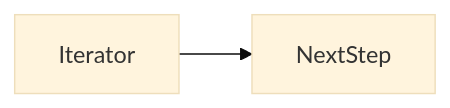
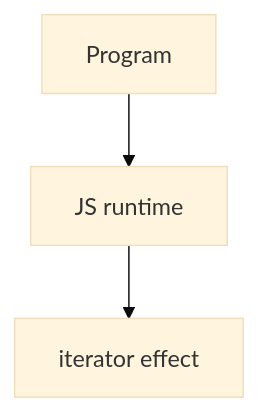
One commit to OmidJavaherii/Frontend-Engineering-Handbook changed the second of 2 diagrams in docs/en/06-javascript/iterator/index.md. Above: the diagram before and after it, drawn with Mermaid (base theme). The commit also changed other lines of this file and 461 other files, not shown here.

````diff
--- a/docs/en/06-javascript/iterator/index.md
+++ b/docs/en/06-javascript/iterator/index.md
@@ -94,4 +110,5 @@
 ```mermaid
-flowchart LR
-  concept[Iterator] --> nextStep[NextStep]
+flowchart TD
+  Code[Program] --> Runtime[JS runtime]
+  Runtime --> Effect[iterator effect]
 ```
````
